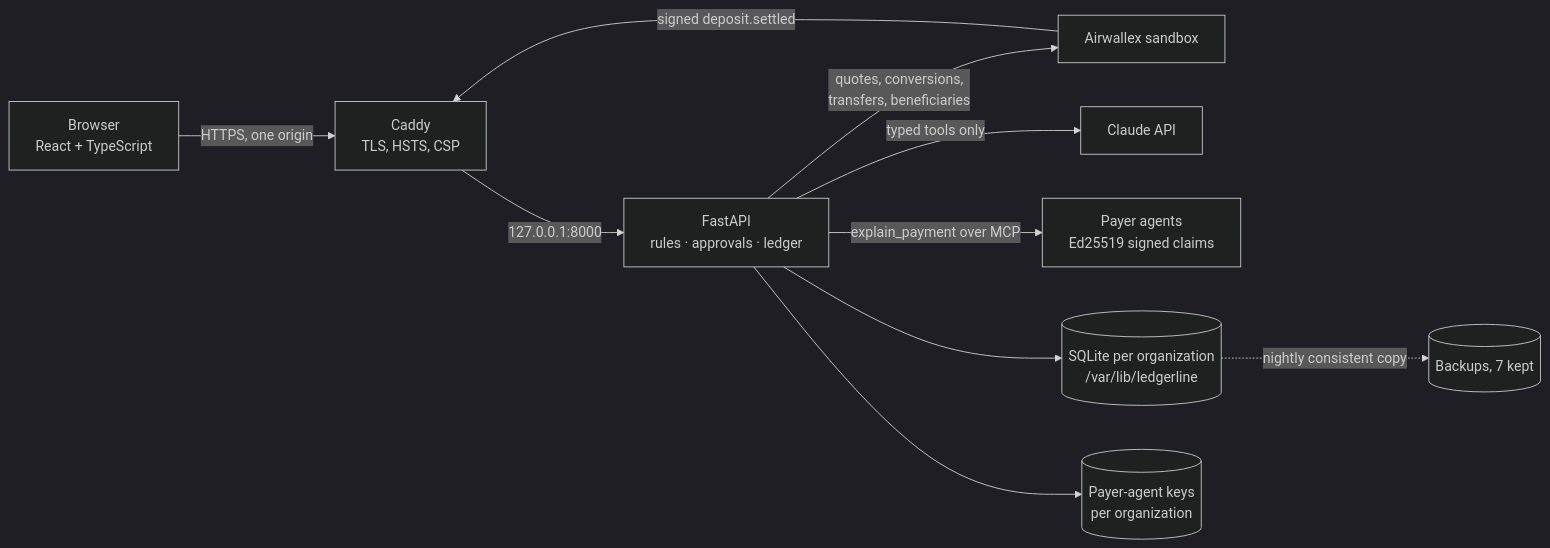
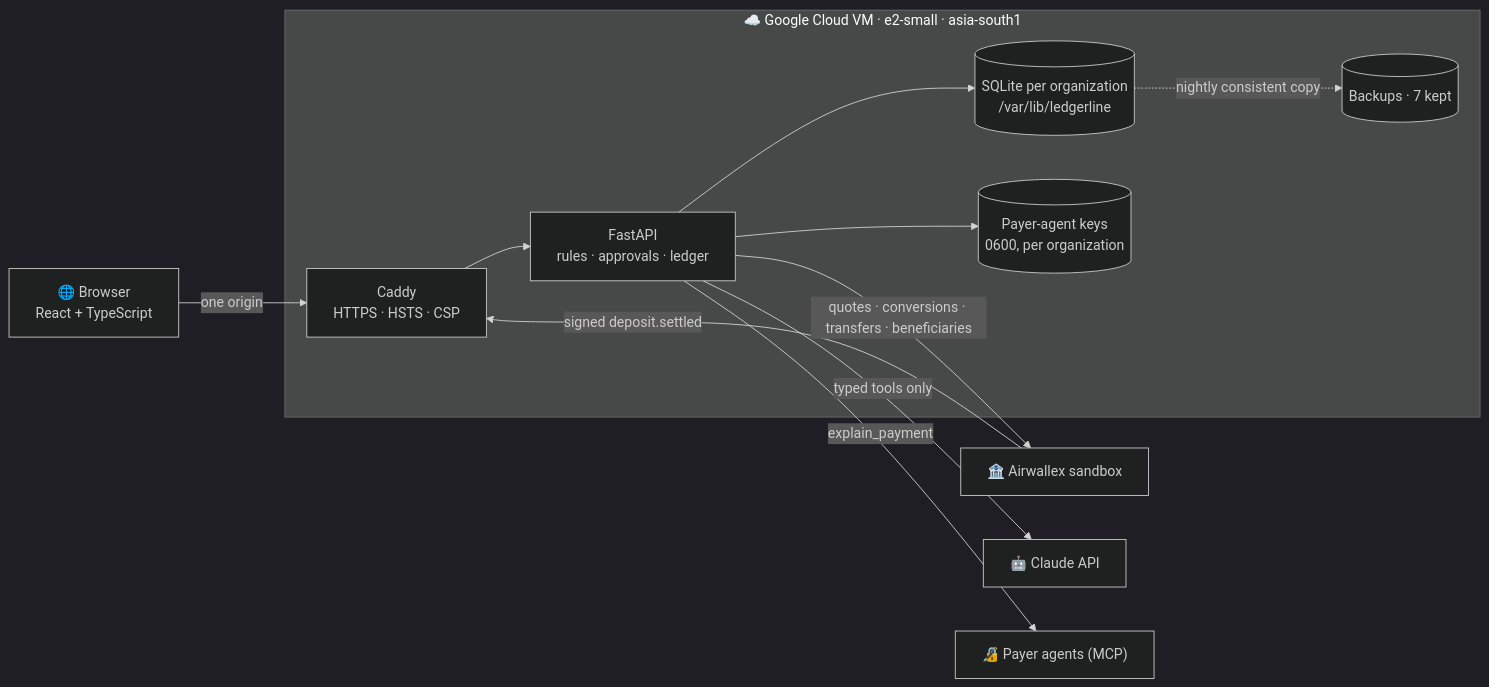
The second of 2 diagrams in README.md (Lingu17/ledgerline), drawn with Mermaid (dark theme) before and after one commit. The commit also changed other lines of this file and 20 other files, not shown here.

````diff
--- a/README.md
+++ b/README.md
@@ -74,12 +100,14 @@
 ```mermaid
 flowchart LR
-  B[Browser<br/>React + TypeScript] -->|HTTPS, one origin| C[Caddy<br/>TLS, HSTS, CSP]
-  C -->|127.0.0.1:8000| A[FastAPI<br/>rules · approvals · ledger]
-  AW[Airwallex sandbox] -->|signed deposit.settled| C
-  A -->|quotes, conversions,<br/>transfers, beneficiaries| AW
-  A -->|typed tools only| CL[Claude API]
-  A -->|explain_payment over MCP| PA[Payer agents<br/>Ed25519 signed claims]
-  A --> D[(SQLite per organization<br/>/var/lib/ledgerline)]
-  A --> K[(Payer-agent keys<br/>per organization)]
-  D -. nightly consistent copy .-> BK[(Backups, 7 kept)]
+  subgraph VM["☁️ Google Cloud VM · e2-small · asia-south1"]
+    C["Caddy<br/>HTTPS · HSTS · CSP"] --> A["FastAPI<br/>rules · approvals · ledger"]
+    A --> D[("SQLite per organization<br/>/var/lib/ledgerline")]
+    A --> K[("Payer-agent keys<br/>0600, per organization")]
+    D -. nightly consistent copy .-> BK[("Backups · 7 kept")]
+  end
+  B["🌐 Browser<br/>React + TypeScript"] -->|one origin| C
+  AW["🏦 Airwallex sandbox"] -->|signed deposit.settled| C
+  A -->|quotes · conversions · transfers · beneficiaries| AW
+  A -->|typed tools only| CL["🤖 Claude API"]
+  A -->|explain_payment| PA["🔏 Payer agents (MCP)"]
 ```
````
